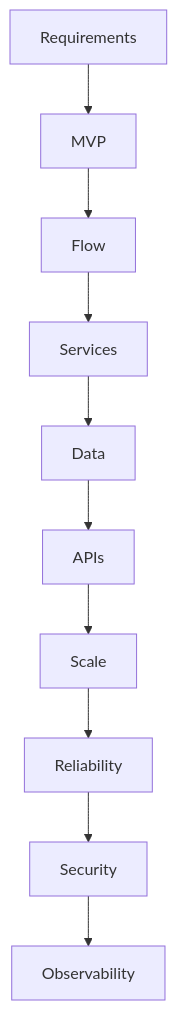
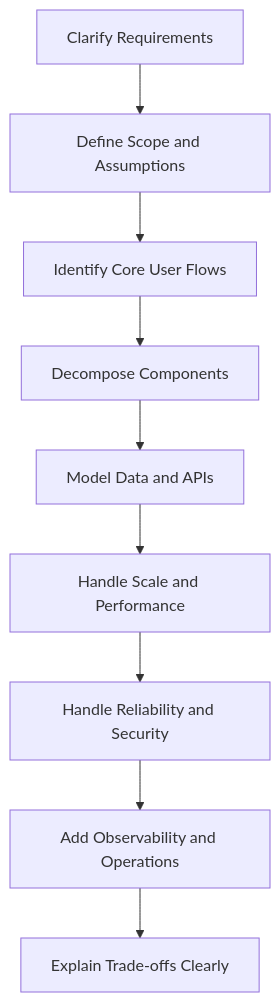
The first of 3 diagrams in systemdesign/15. End-to-End System Design Walkthrough/Concept.md (dbajajmnk/systemdesign), drawn with Mermaid before and after one commit. The commit also changed other lines of this file and 1 other file, not shown here.

`````diff
--- a/systemdesign/15. End-to-End System Design Walkthrough/Concept.md
+++ b/systemdesign/15. End-to-End System Design Walkthrough/Concept.md
@@ -142,4 +551,11 @@
-```mermaid
+```mermaid id="ihw5v2"
 flowchart TD
-    Requirements --> MVP --> Flow --> Services --> Data --> APIs --> Scale --> Reliability --> Security --> Observability
-```
+    A[Clarify Requirements] --> B[Define Scope and Assumptions]
+    B --> C[Identify Core User Flows]
+    C --> D[Decompose Components]
+    D --> E[Model Data and APIs]
+    E --> F[Handle Scale and Performance]
+    F --> G[Handle Reliability and Security]
+    G --> H[Add Observability and Operations]
+    H --> I[Explain Trade-offs Clearly]
+````
`````
